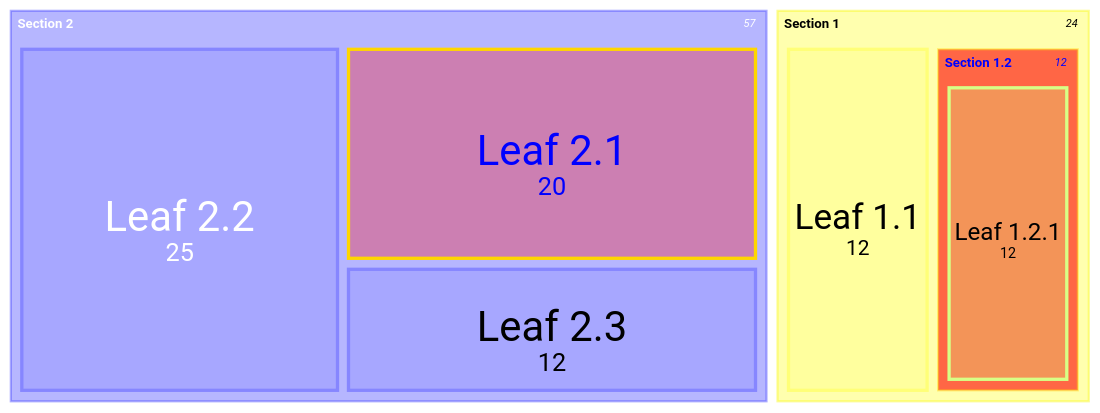
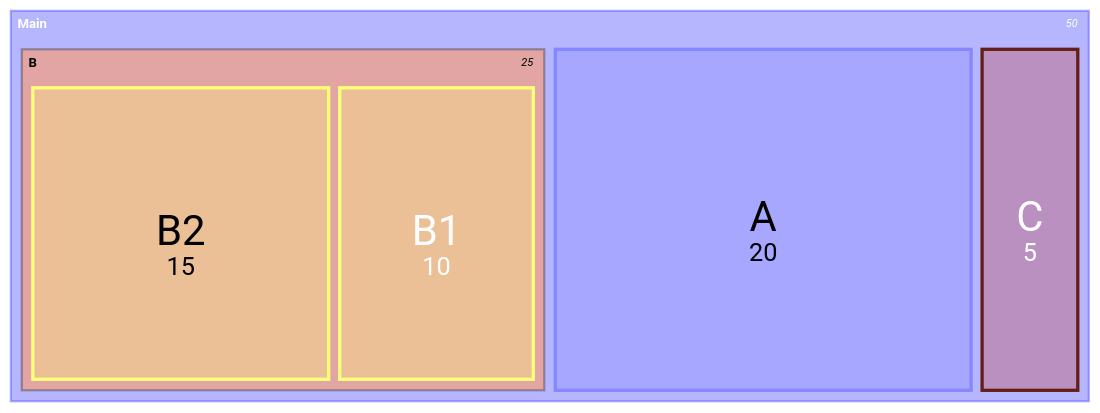
One commit to hgrabows/diagrammer-skills changed the third of 6 diagrams in skills/diagrammer/specs/mermaid/treemap.md. Above: the diagram before and after it, drawn with Mermaid. The commit also changed other lines of this file and 127 other files, not shown here.

First line of the commit message:
feat: audit all specs, add example gallery, fix PlantUML and Gantt rendering

````diff
--- a/skills/diagrammer/specs/mermaid/treemap.md
+++ b/skills/diagrammer/specs/mermaid/treemap.md
@@ -72,13 +82,12 @@
 ```mermaid
 treemap-beta
-"Section 1"
-    "Leaf 1.1": 12
-    "Section 1.2":::class1
-      "Leaf 1.2.1": 12
-"Section 2"
-    "Leaf 2.1": 20:::class1
-    "Leaf 2.2": 25
-    "Leaf 2.3": 12
+"Main"
+    "A": 20
+    "B":::important
+        "B1": 10
+        "B2": 15
+    "C": 5:::warn
 
-classDef class1 fill:red,color:blue,stroke:#FFD600;
+classDef important fill:#f96,stroke:#333,stroke-width:2px,color:#000
+classDef warn fill:#c0392b,stroke:#641e16,color:#fff
 ```
````
